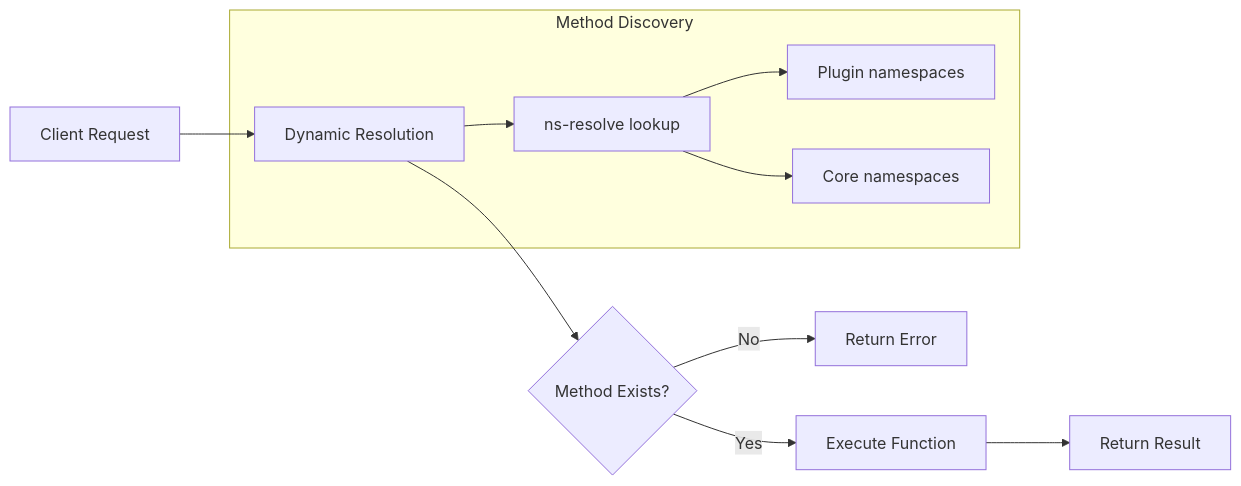
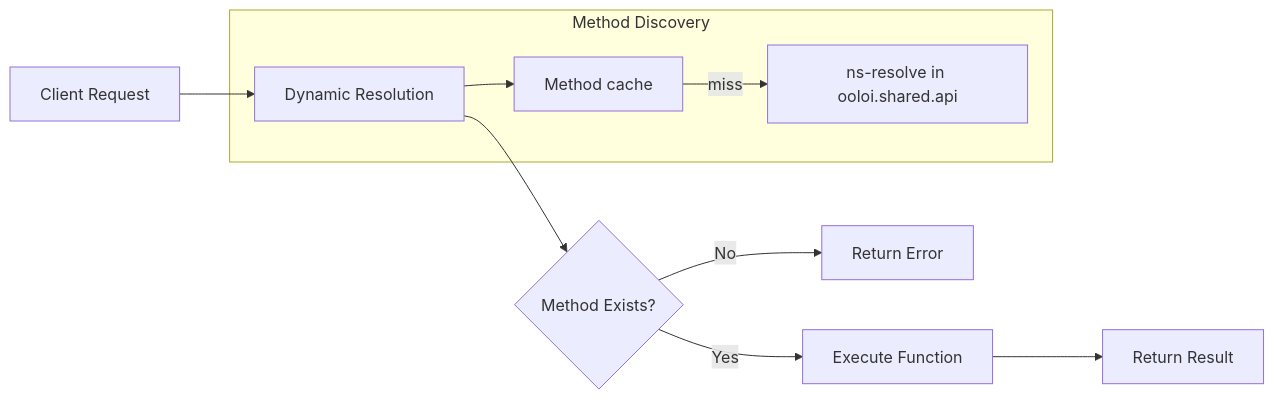
One commit to PeterBengtson/Ooloi-docs changed the second of 3 diagrams in guides/OOLOI_SERVER_ARCHITECTURAL_GUIDE.md. Above: the diagram before and after it, drawn with Mermaid. The commit also changed other lines of this file and 15 other files, not shown here.

````diff
--- a/guides/OOLOI_SERVER_ARCHITECTURAL_GUIDE.md
+++ b/guides/OOLOI_SERVER_ARCHITECTURAL_GUIDE.md
@@ -218,14 +221,13 @@
 ```mermaid
 graph LR
     A[Client Request] --> B[Dynamic Resolution]
     B --> C{Method Exists?}
     C -->|Yes| D[Execute Function]
     C -->|No| E[Return Error]
     D --> F[Return Result]
     
     subgraph "Method Discovery"
-    B --> G[ns-resolve lookup]
-    G --> H[Plugin namespaces]
-    G --> I[Core namespaces]
+    B --> G[Method cache]
+    G -->|miss| H[ns-resolve in ooloi.shared.api]
     end
 ```
````
